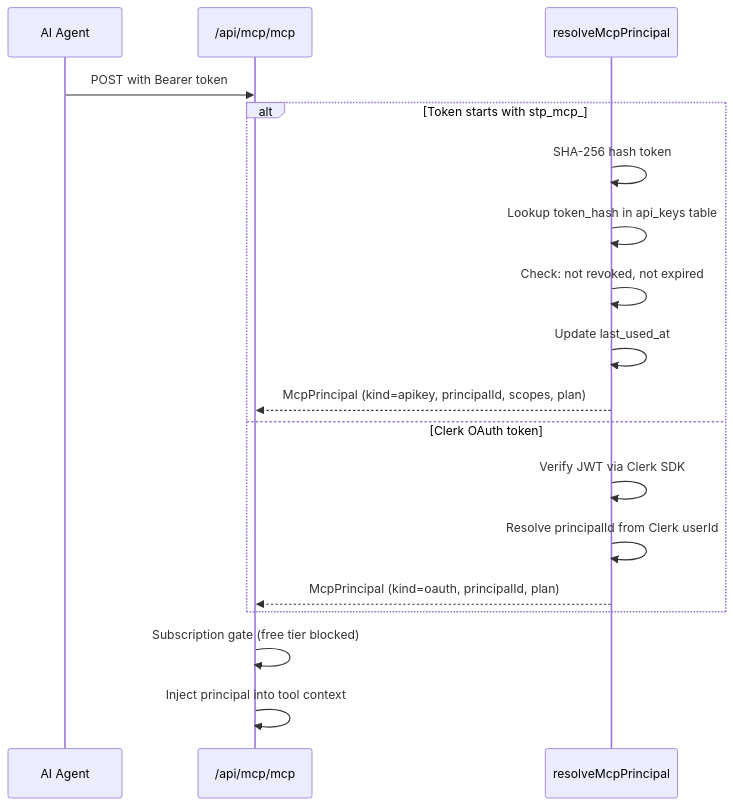
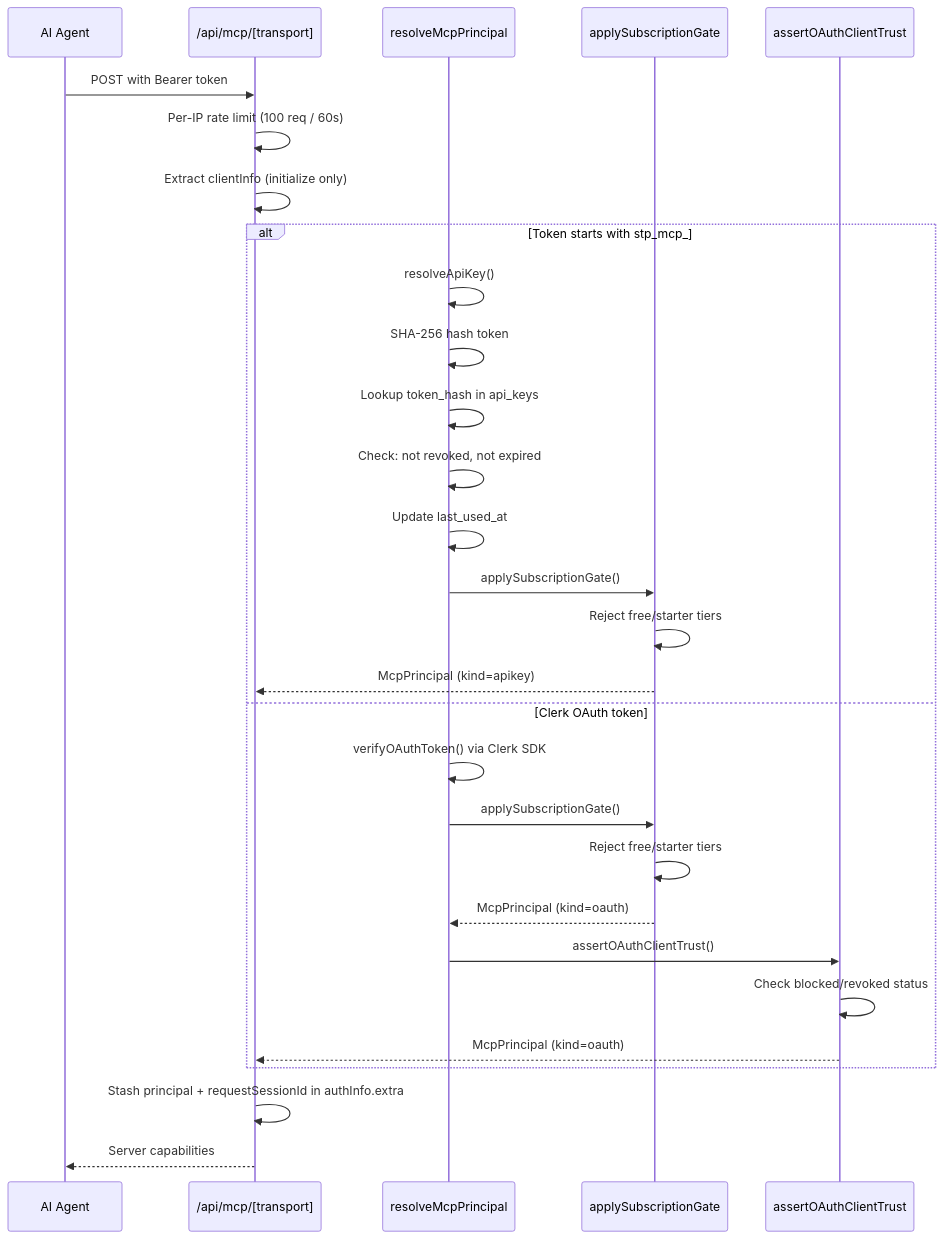
One commit to Andy00L/sharetopus changed the first of 2 diagrams in docs/MCP.md. Above: the diagram before and after it, drawn with Mermaid. The commit also changed other lines of this file and 23 other files, not shown here.

````diff
--- a/docs/MCP.md
+++ b/docs/MCP.md
@@ -17,23 +42,34 @@
 ```mermaid
 sequenceDiagram
     participant Agent as AI Agent
-    participant MCP as /api/mcp/mcp
+    participant Route as /api/mcp/[transport]
     participant Auth as resolveMcpPrincipal
+    participant Gate as applySubscriptionGate
+    participant Trust as assertOAuthClientTrust
 
-    Agent->>MCP: POST with Bearer token
+    Agent->>Route: POST with Bearer token
+    Route->>Route: Per-IP rate limit (100 req / 60s)
+    Route->>Route: Extract clientInfo (initialize only)
 
     alt Token starts with stp_mcp_
+        Auth->>Auth: resolveApiKey()
         Auth->>Auth: SHA-256 hash token
-        Auth->>Auth: Lookup token_hash in api_keys table
+        Auth->>Auth: Lookup token_hash in api_keys
         Auth->>Auth: Check: not revoked, not expired
         Auth->>Auth: Update last_used_at
-        Auth-->>MCP: McpPrincipal (kind=apikey, principalId, scopes, plan)
+        Auth->>Gate: applySubscriptionGate()
+        Gate->>Gate: Reject free/starter tiers
+        Gate-->>Route: McpPrincipal (kind=apikey)
     else Clerk OAuth token
-        Auth->>Auth: Verify JWT via Clerk SDK
-        Auth->>Auth: Resolve principalId from Clerk userId
-        Auth-->>MCP: McpPrincipal (kind=oauth, principalId, plan)
+        Auth->>Auth: verifyOAuthToken() via Clerk SDK
+        Auth->>Gate: applySubscriptionGate()
+        Gate->>Gate: Reject free/starter tiers
+        Gate-->>Auth: McpPrincipal (kind=oauth)
+        Auth->>Trust: assertOAuthClientTrust()
+        Trust->>Trust: Check blocked/revoked status
+        Trust-->>Route: McpPrincipal (kind=oauth)
     end
 
-    MCP->>MCP: Subscription gate (free tier blocked)
-    MCP->>MCP: Inject principal into tool context
+    Route->>Route: Stash principal + requestSessionId in authInfo.extra
+    Route-->>Agent: Server capabilities
 ```
````
